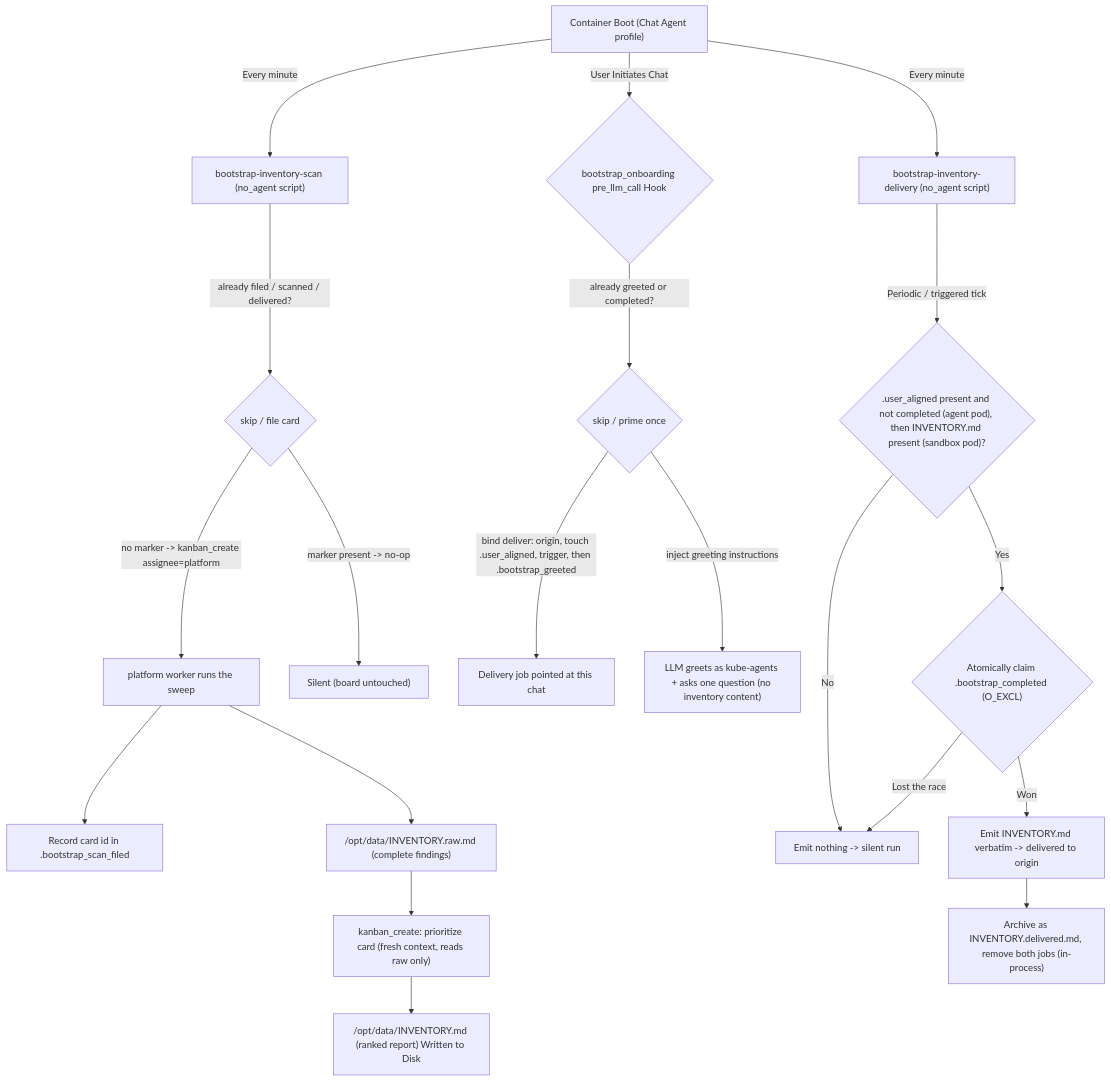
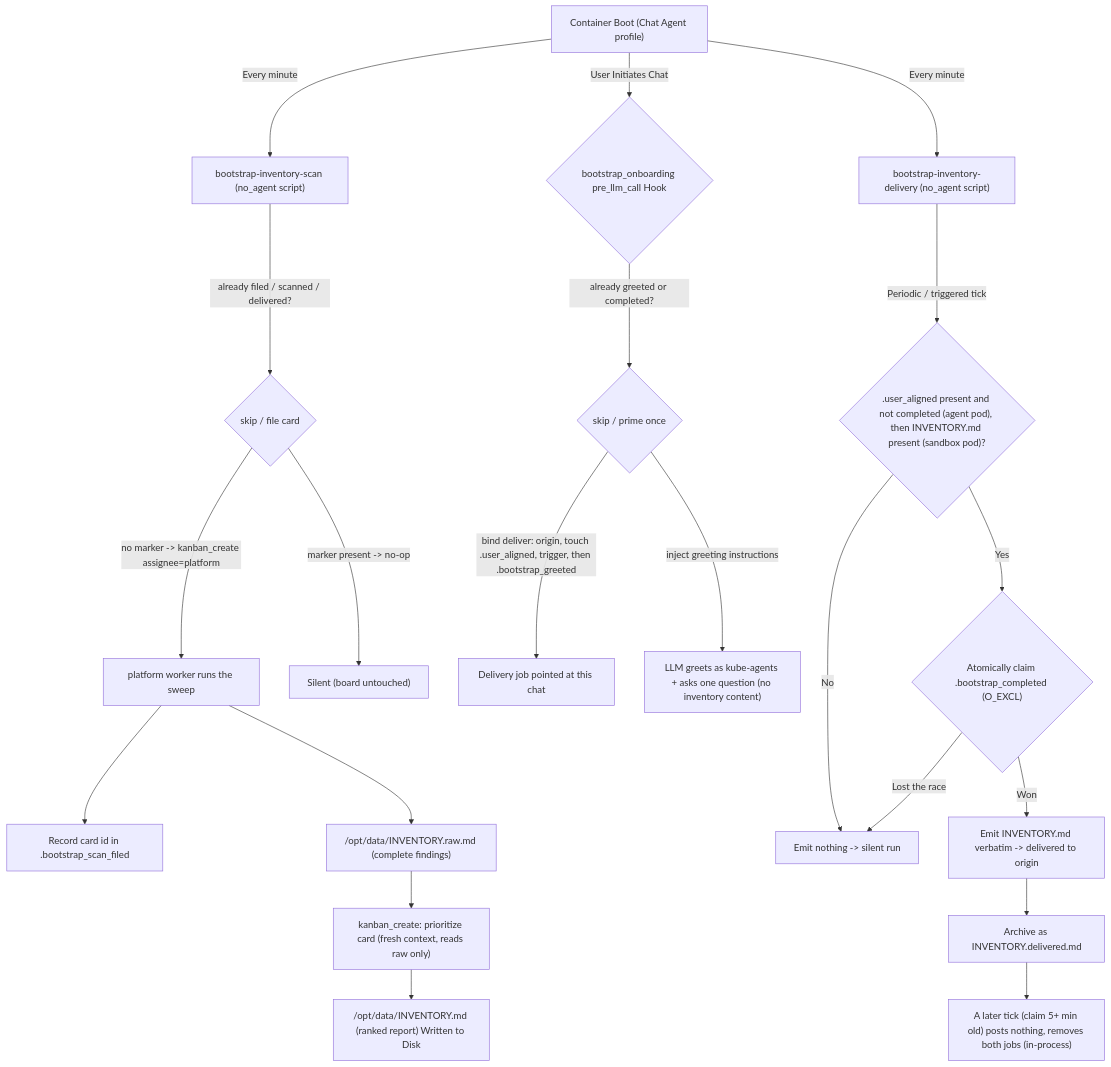
Before and after one commit to gke-labs/kube-agents: the first of 3 diagrams in agents/chat/defaults/plugins/bootstrap_onboarding/README.md, drawn with Mermaid. The commit also changed other lines of this file and 6 other files, not shown here.

````diff
--- a/agents/chat/defaults/plugins/bootstrap_onboarding/README.md
+++ b/agents/chat/defaults/plugins/bootstrap_onboarding/README.md
@@ -49,25 +49,26 @@
 ```mermaid
 graph TD
     A["Container Boot (Chat Agent profile)"] -->|Every minute| B["bootstrap-inventory-scan (no_agent script)"]
     A -->|Every minute| C["bootstrap-inventory-delivery (no_agent script)"]
     A -->|User Initiates Chat| D{"bootstrap_onboarding pre_llm_call Hook"}
 
     B -->|already filed / scanned / delivered?| B2{"skip / file card"}
     B2 -->|no marker -> kanban_create assignee=platform| P["platform worker runs the sweep"]
     P --> PM["Record card id in .bootstrap_scan_filed"]
     P --> R["/opt/data/INVENTORY.raw.md (complete findings)"]
     R --> Q["kanban_create: prioritize card (fresh context, reads raw only)"]
     Q --> E["/opt/data/INVENTORY.md (ranked report) Written to Disk"]
     B2 -->|marker present -> no-op| F["Silent (board untouched)"]
 
     D -->|already greeted or completed?| DG{"skip / prime once"}
     DG -->|bind deliver: origin, touch .user_aligned, trigger, then .bootstrap_greeted| G["Delivery job pointed at this chat"]
     DG -->|inject greeting instructions| H["LLM greets as kube-agents + asks one question (no inventory content)"]
 
     C -->|Periodic / triggered tick| I{".user_aligned present and not completed (agent pod), then INVENTORY.md present (sandbox pod)?"}
     I -->|No| J["Emit nothing -> silent run"]
     I -->|Yes| CL{"Atomically claim .bootstrap_completed (O_EXCL)"}
     CL -->|Lost the race| J
     CL -->|Won| K["Emit INVENTORY.md verbatim -> delivered to origin"]
-    K --> L["Archive as INVENTORY.delivered.md, remove both jobs (in-process)"]
+    K --> L["Archive as INVENTORY.delivered.md"]
+    L --> RT["A later tick (claim 5+ min old) posts nothing, removes both jobs (in-process)"]
 ```
````
